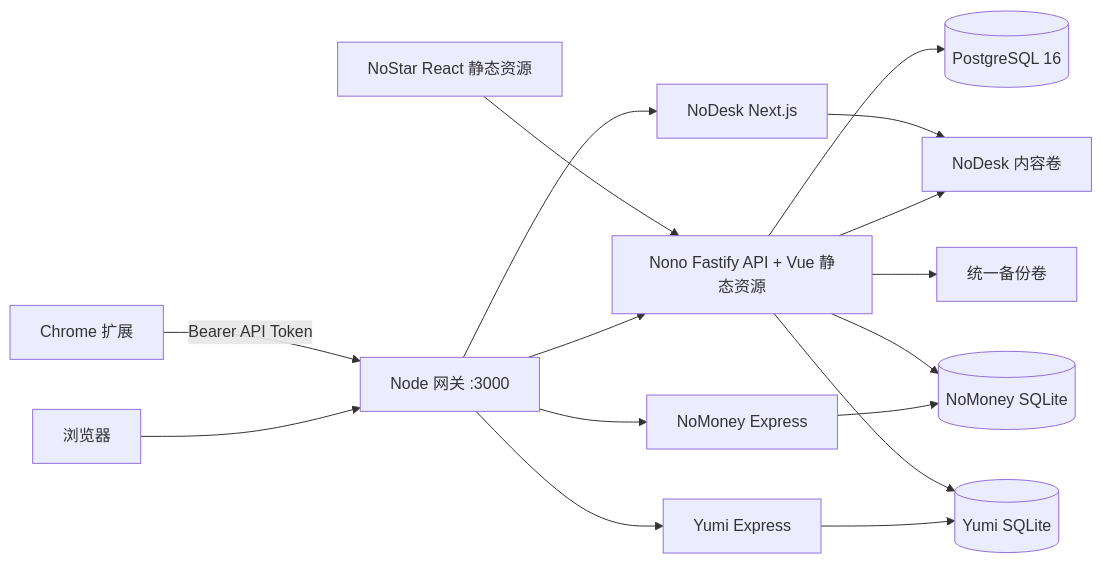
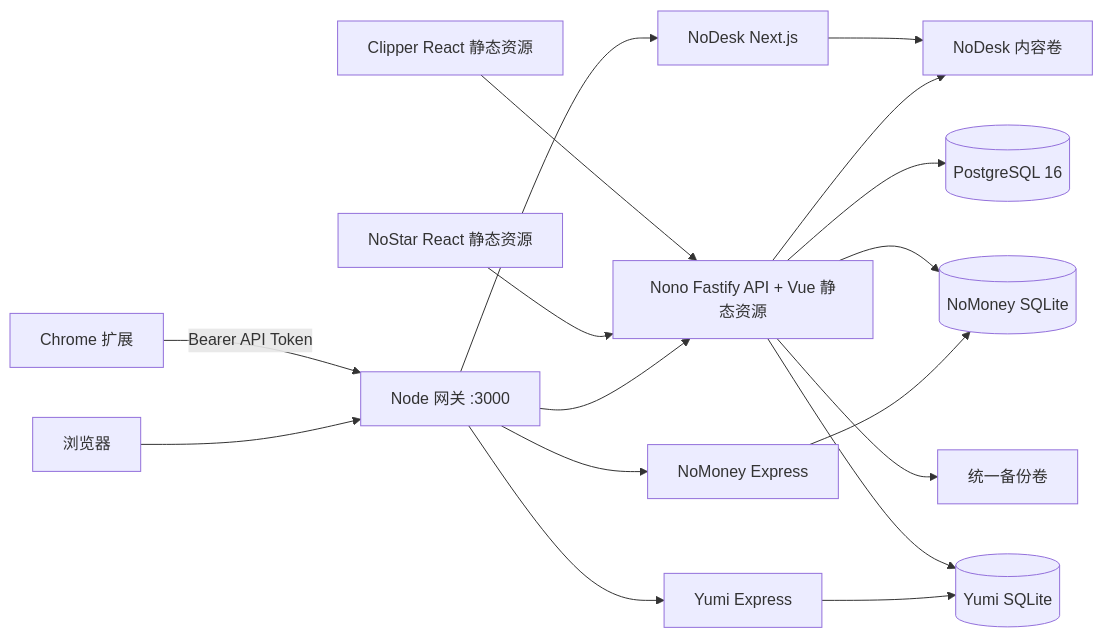
One commit to noaul/nono changed the diagram in README.md. Above: the diagram before and after it, drawn with Mermaid. The commit also changed other lines of this file and 10 other files, not shown here.

````diff
--- a/README.md
+++ b/README.md
@@ -116,21 +139,22 @@
 ```mermaid
 flowchart LR
     U["浏览器"] --> G["Node 网关 :3000"]
     E["Chrome 扩展"] -->|"Bearer API Token"| G
 
     G --> N["Nono Fastify API + Vue 静态资源"]
     G --> D["NoDesk Next.js"]
     G --> M["NoMoney Express"]
     G --> Y["Yumi Express"]
 
     N --> P[("PostgreSQL 16")]
     N --> C["NoDesk 内容卷"]
     N --> B["统一备份卷"]
     D --> C
     M --> MS[("NoMoney SQLite")]
     Y --> YS[("Yumi SQLite")]
     N --> MS
     N --> YS
 
     NS["NoStar React 静态资源"] --> N
+    CL["Clipper React 静态资源"] --> N
 ```
````
